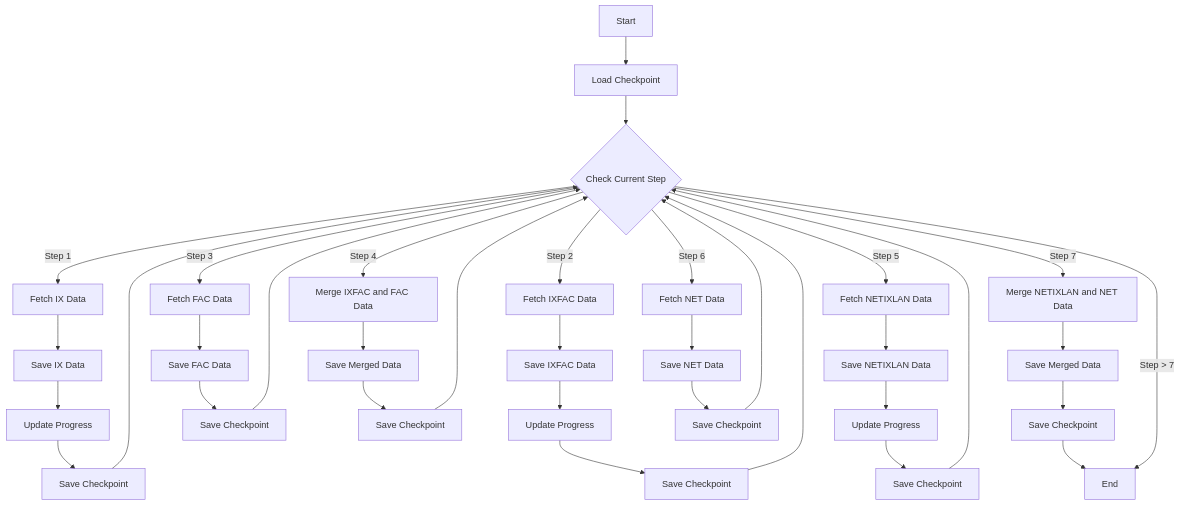
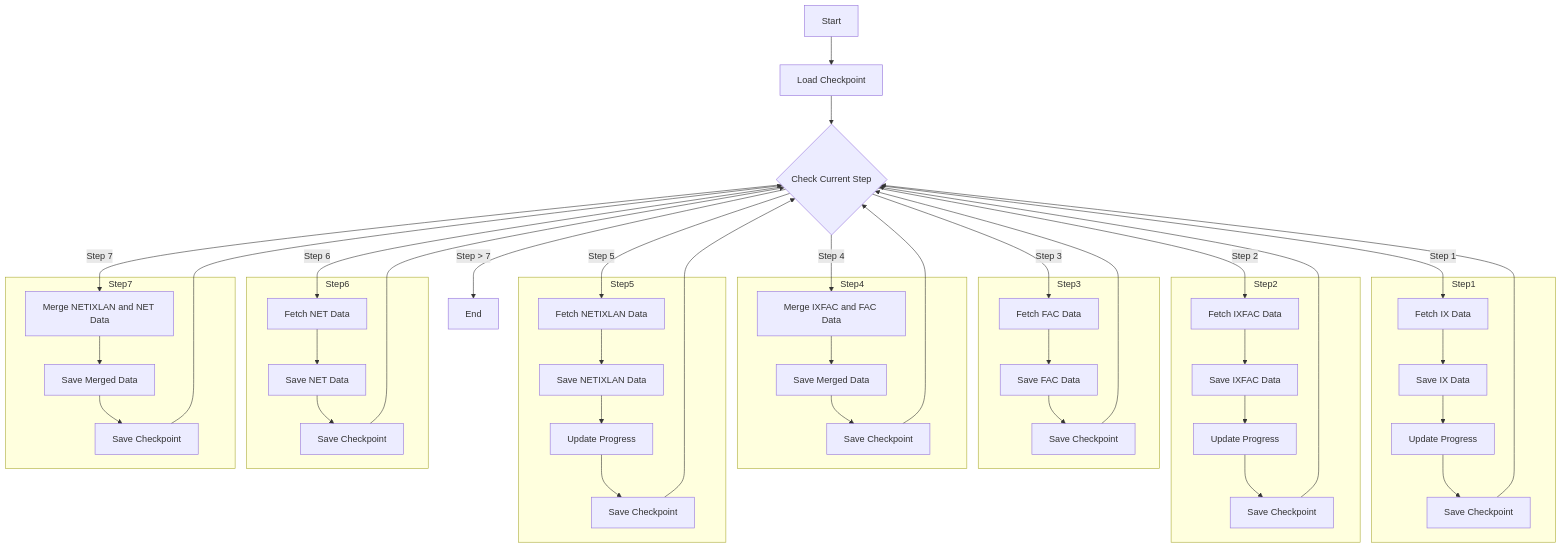
One commit to ibebrasil/ix.br-network-traffic-capacity-analysis changed the diagram in PROJECT.md. Above: the diagram before and after it, drawn with Mermaid.

Commit message:
feat: Reorganize project flow diagram to be more vertical

````diff
--- a/PROJECT.md
+++ b/PROJECT.md
@@ -3,45 +3,78 @@
 ```mermaid
-graph TB
-    A[Start] --> B[Load Checkpoint]
-    B --> C{Check Current Step}
-    
-    C -->|Step 1| D[Fetch IX Data]
-    D --> E[Save IX Data]
-    E --> F[Update Progress]
-    F --> G[Save Checkpoint]
-    G --> C
-    
-    C -->|Step 2| H[Fetch IXFAC Data]
-    H --> I[Save IXFAC Data]
-    I --> J[Update Progress]
-    J --> K[Save Checkpoint]
-    K --> C
-    
-    C -->|Step 3| L[Fetch FAC Data]
-    L --> M[Save FAC Data]
-    M --> N[Save Checkpoint]
-    N --> C
-    
-    C -->|Step 4| O[Merge IXFAC and FAC Data]
-    O --> P[Save Merged Data]
-    P --> Q[Save Checkpoint]
-    Q --> C
-    
-    C -->|Step 5| R[Fetch NETIXLAN Data]
-    R --> S[Save NETIXLAN Data]
-    S --> T[Update Progress]
-    T --> U[Save Checkpoint]
-    U --> C
-    
-    C -->|Step 6| V[Fetch NET Data]
-    V --> W[Save NET Data]
-    W --> X[Save Checkpoint]
-    X --> C
-    
-    C -->|Step 7| Y[Merge NETIXLAN and NET Data]
-    Y --> Z[Save Merged Data]
-    Z --> AA[Save Checkpoint]
-    AA --> AB[End]
-    
+graph TD
+    A[Start]
+    B[Load Checkpoint]
+    C{Check Current Step}
+    AB[End]
+
+    A --> B
+    B --> C
+
+    subgraph Step1
+    D[Fetch IX Data]
+    E[Save IX Data]
+    F[Update Progress]
+    G[Save Checkpoint]
+    end
+
+    subgraph Step2
+    H[Fetch IXFAC Data]
+    I[Save IXFAC Data]
+    J[Update Progress]
+    K[Save Checkpoint]
+    end
+
+    subgraph Step3
+    L[Fetch FAC Data]
+    M[Save FAC Data]
+    N[Save Checkpoint]
+    end
+
+    subgraph Step4
+    O[Merge IXFAC and FAC Data]
+    P[Save Merged Data]
+    Q[Save Checkpoint]
+    end
+
+    subgraph Step5
+    R[Fetch NETIXLAN Data]
+    S[Save NETIXLAN Data]
+    T[Update Progress]
+    U[Save Checkpoint]
+    end
+
+    subgraph Step6
+    V[Fetch NET Data]
+    W[Save NET Data]
+    X[Save Checkpoint]
+    end
+
+    subgraph Step7
+    Y[Merge NETIXLAN and NET Data]
+    Z[Save Merged Data]
+    AA[Save Checkpoint]
+    end
+
+    C -->|Step 1| D
+    D --> E --> F --> G --> C
+
+    C -->|Step 2| H
+    H --> I --> J --> K --> C
+
+    C -->|Step 3| L
+    L --> M --> N --> C
+
+    C -->|Step 4| O
+    O --> P --> Q --> C
+
+    C -->|Step 5| R
+    R --> S --> T --> U --> C
+
+    C -->|Step 6| V
+    V --> W --> X --> C
+
+    C -->|Step 7| Y
+    Y --> Z --> AA --> C
+
     C -->|Step > 7| AB
 ```
````
